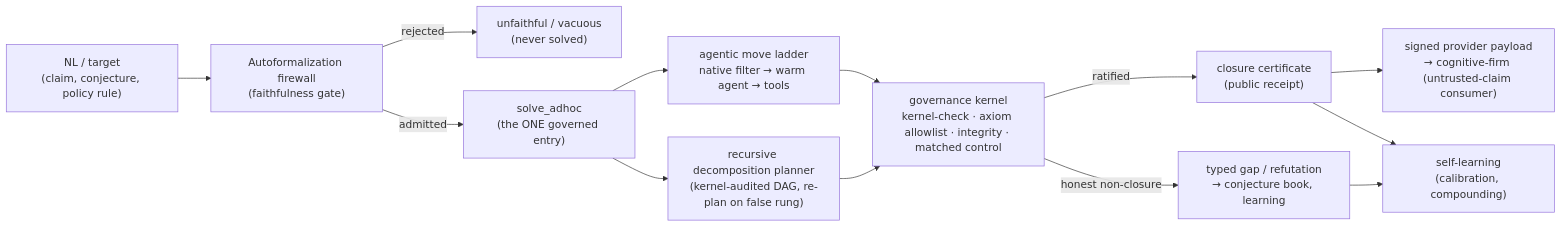
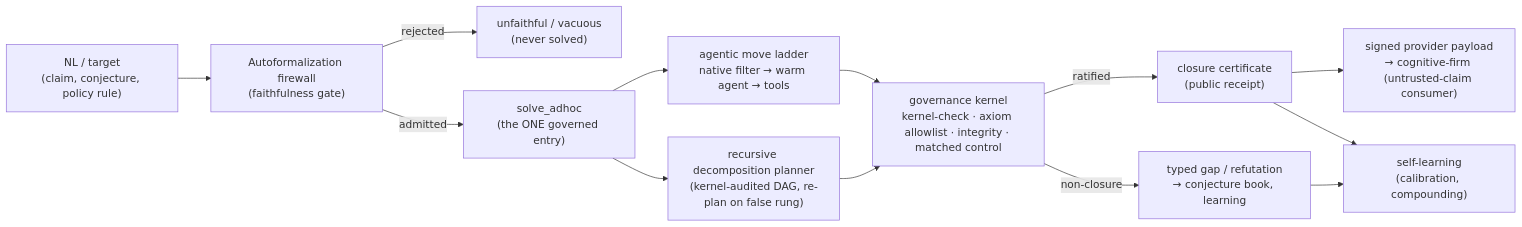
Before and after one commit to sparckix/ztare: the diagram in docs/concepts/leanmill_architecture.md, drawn with Mermaid. The commit also changed other lines of this file and 19 other files, not shown here.

````diff
--- a/docs/concepts/leanmill_architecture.md
+++ b/docs/concepts/leanmill_architecture.md
@@ -309,15 +485,15 @@
 ```mermaid
 flowchart LR
   NL["NL / target<br/>(claim, conjecture, policy rule)"] --> FW["Autoformalization firewall<br/>(faithfulness gate)"]
   FW -->|rejected| REJ["unfaithful / vacuous<br/>(never solved)"]
   FW -->|admitted| SOLVE["solve_adhoc<br/>(the ONE governed entry)"]
   SOLVE --> LADDER["agentic move ladder<br/>native filter → warm agent → tools"]
   SOLVE --> PLAN["recursive decomposition planner<br/>(kernel-audited DAG, re-plan on false rung)"]
   LADDER --> GOV["governance kernel<br/>kernel-check · axiom allowlist · integrity · matched control"]
   PLAN --> GOV
   GOV -->|ratified| CERT["closure certificate<br/>(public receipt)"]
-  GOV -->|honest non-closure| GAP["typed gap / refutation<br/>→ conjecture book, learning"]
+  GOV -->|non-closure| GAP["typed gap / refutation<br/>→ conjecture book, learning"]
   CERT --> PROV["signed provider payload<br/>→ cognitive-firm (untrusted-claim consumer)"]
   CERT --> LEARN["self-learning<br/>(calibration, compounding)"]
   GAP --> LEARN
 ```
````
